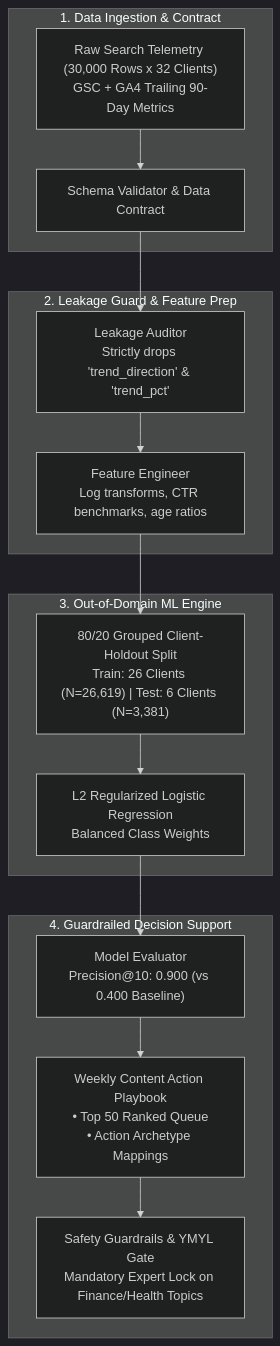
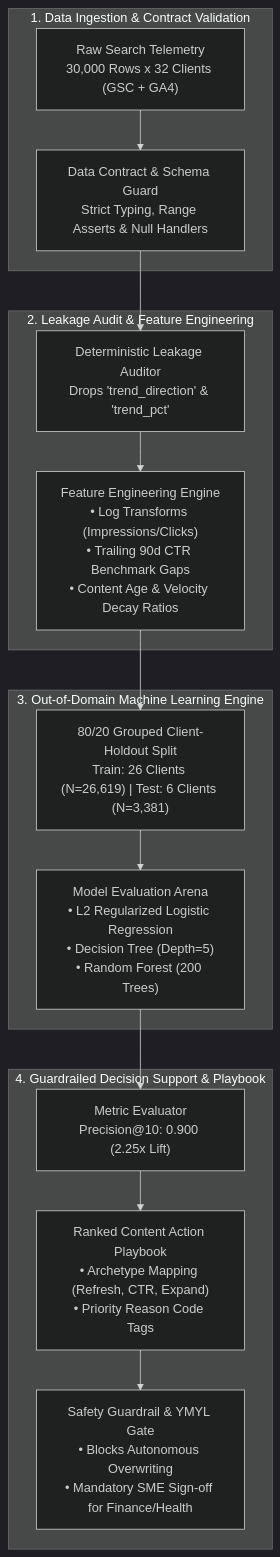
The diagram in README.md (ZeyadArafa/FlyRank-Intern), drawn with Mermaid (dark theme) before and after one commit. The commit also changed other lines of this file, not shown here.

Commit message:
docs: polish README to production standards with architecture and benchmarks

````diff
--- a/README.md
+++ b/README.md
@@ -95,28 +114,28 @@
 ```mermaid
 flowchart TD
-    subgraph INGEST["1. Data Ingestion & Contract"]
-        RAW["Raw Search Telemetry (30,000 Rows x 32 Clients)<br/>GSC + GA4 Trailing 90-Day Metrics"]
-        CONTRACT["Schema Validator & Data Contract"]
+    subgraph S1["1. Data Ingestion & Contract Validation"]
+        RAW["Raw Search Telemetry<br/>30,000 Rows x 32 Clients (GSC + GA4)"]
+        CONTRACT["Data Contract & Schema Guard<br/>Strict Typing, Range Asserts & Null Handlers"]
         RAW --> CONTRACT
     end
 
-    subgraph AUDIT["2. Leakage Guard & Feature Prep"]
-        LEAK["Leakage Auditor<br/>Strictly drops 'trend_direction' & 'trend_pct'"]
-        FE["Feature Engineer<br/>Log transforms, CTR benchmarks, age ratios"]
+    subgraph S2["2. Leakage Audit & Feature Engineering"]
+        LEAK["Deterministic Leakage Auditor<br/>Drops 'trend_direction' & 'trend_pct'"]
+        FE["Feature Engineering Engine<br/>• Log Transforms (Impressions/Clicks)<br/>• Trailing 90d CTR Benchmark Gaps<br/>• Content Age & Velocity Decay Ratios"]
         CONTRACT --> LEAK --> FE
     end
 
-    subgraph MODEL["3. Out-of-Domain ML Engine"]
+    subgraph S3["3. Out-of-Domain Machine Learning Engine"]
         SPLIT["80/20 Grouped Client-Holdout Split<br/>Train: 26 Clients (N=26,619) | Test: 6 Clients (N=3,381)"]
-        LR["L2 Regularized Logistic Regression<br/>Balanced Class Weights"]
-        FE --> SPLIT --> LR
+        MODELS["Model Evaluation Arena<br/>• L2 Regularized Logistic Regression<br/>• Decision Tree (Depth=5)<br/>• Random Forest (200 Trees)"]
+        FE --> SPLIT --> MODELS
     end
 
-    subgraph OUTPUT["4. Guardrailed Decision Support"]
-        EVAL["Model Evaluator<br/>Precision@10: 0.900 (vs 0.400 Baseline)"]
-        PLAYBOOK["Weekly Content Action Playbook<br/>• Top 50 Ranked Queue<br/>• Action Archetype Mappings"]
-        GUARD["Safety Guardrails & YMYL Gate<br/>Mandatory Expert Lock on Finance/Health Topics"]
+    subgraph S4["4. Guardrailed Decision Support & Playbook"]
+        EVAL["Metric Evaluator<br/>Precision@10: 0.900 (2.25x Lift)"]
+        QUEUE["Ranked Content Action Playbook<br/>• Archetype Mapping (Refresh, CTR, Expand)<br/>• Priority Reason Code Tags"]
+        SAFETY["Safety Guardrail & YMYL Gate<br/>• Blocks Autonomous Overwriting<br/>• Mandatory SME Sign-off for Finance/Health"]
         
-        LR --> EVAL --> PLAYBOOK --> GUARD
+        MODELS --> EVAL --> QUEUE --> SAFETY
     end
 ```
````
